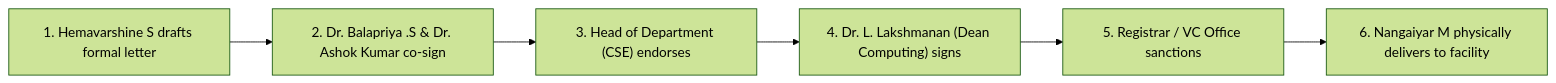
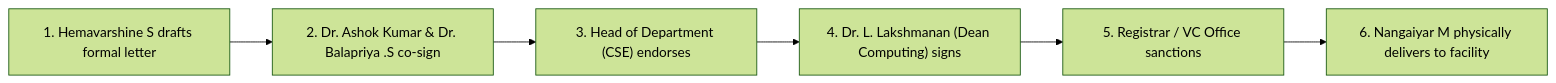
Before and after one commit to MasterZ1311/Kairos: the diagram in teams/03_documentation_and_compliance/official_letters/README.md, drawn with Mermaid (forest theme). The commit also changed other lines of this file and 67 other files, not shown here.

````diff
--- a/teams/03_documentation_and_compliance/official_letters/README.md
+++ b/teams/03_documentation_and_compliance/official_letters/README.md
@@ -21,8 +21,8 @@
 ```mermaid
 graph LR
-    DRAFT["1. Hemavarshine S drafts formal letter"] --> COORD["2. Dr. Balapriya .S & Dr. Ashok Kumar co-sign"]
+    DRAFT["1. Hemavarshine S drafts formal letter"] --> COORD["2. Dr. Ashok Kumar & Dr. Balapriya .S co-sign"]
     COORD --> HOD["3. Head of Department (CSE) endorses"]
     HOD --> DEAN["4. Dr. L. Lakshmanan (Dean Computing) signs"]
     DEAN --> REG["5. Registrar / VC Office sanctions"]
     REG --> DISPATCH["6. Nangaiyar M physically delivers to facility"]
 ```
````
